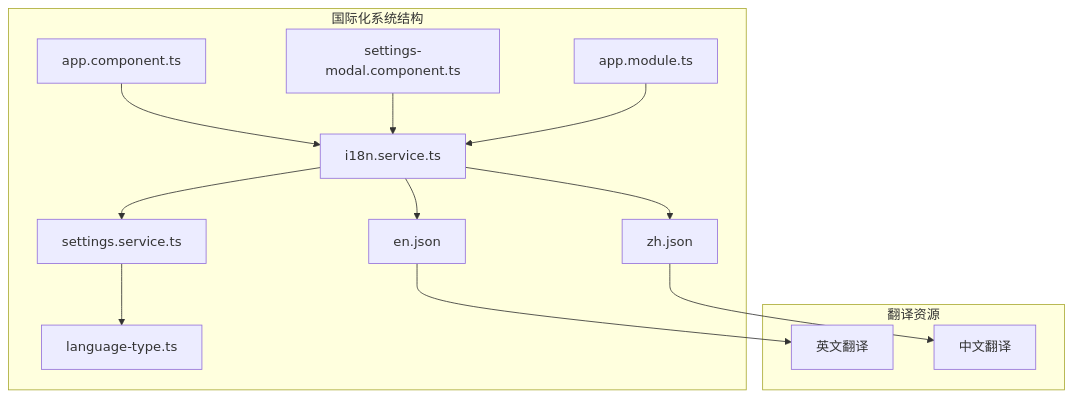
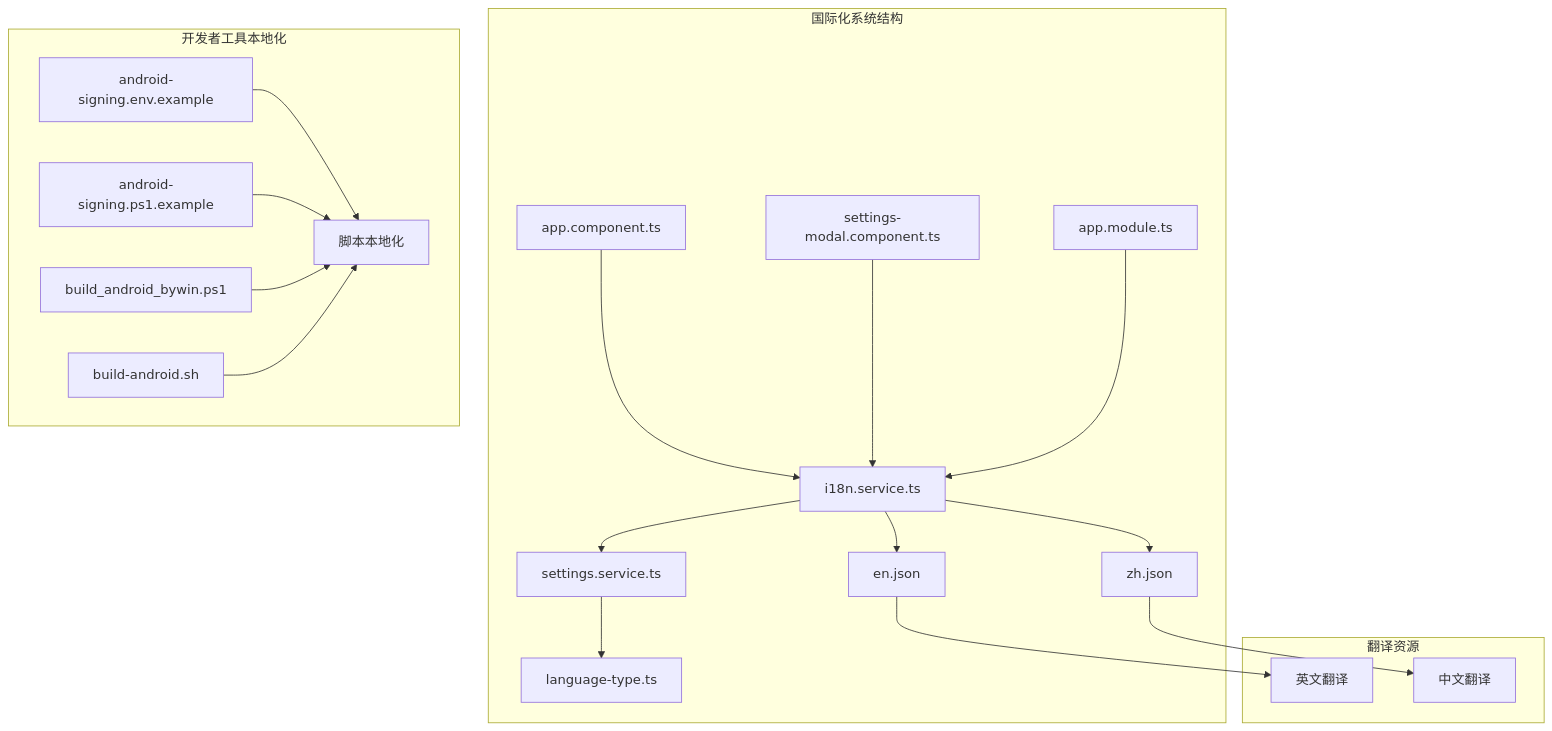
The first of 9 diagrams in .qoder/repowiki/zh/content/核心功能模块/国际化系统.md (tea4go/Macro-Deck-Client-App), drawn with Mermaid before and after one commit. The commit also changed other lines of this file and 7 other files, not shown here.

````diff
--- a/.qoder/repowiki/zh/content/核心功能模块/国际化系统.md
+++ b/.qoder/repowiki/zh/content/核心功能模块/国际化系统.md
@@ -37,16 +54,22 @@
 ```mermaid
 graph TB
 subgraph "国际化系统结构"
 A[i18n.service.ts] --> B[settings.service.ts]
 B --> C[language-type.ts]
 A --> D[en.json]
 A --> E[zh.json]
 F[app.component.ts] --> A
 G[settings-modal.component.ts] --> A
 H[app.module.ts] --> A
 end
 subgraph "翻译资源"
 D --> I[英文翻译]
 E --> J[中文翻译]
 end
+subgraph "开发者工具本地化"
+K[android-signing.env.example] --> L[脚本本地化]
+M[android-signing.ps1.example] --> L
+N[build_android_bywin.ps1] --> L
+O[build-android.sh] --> L
+end
 ```
````
